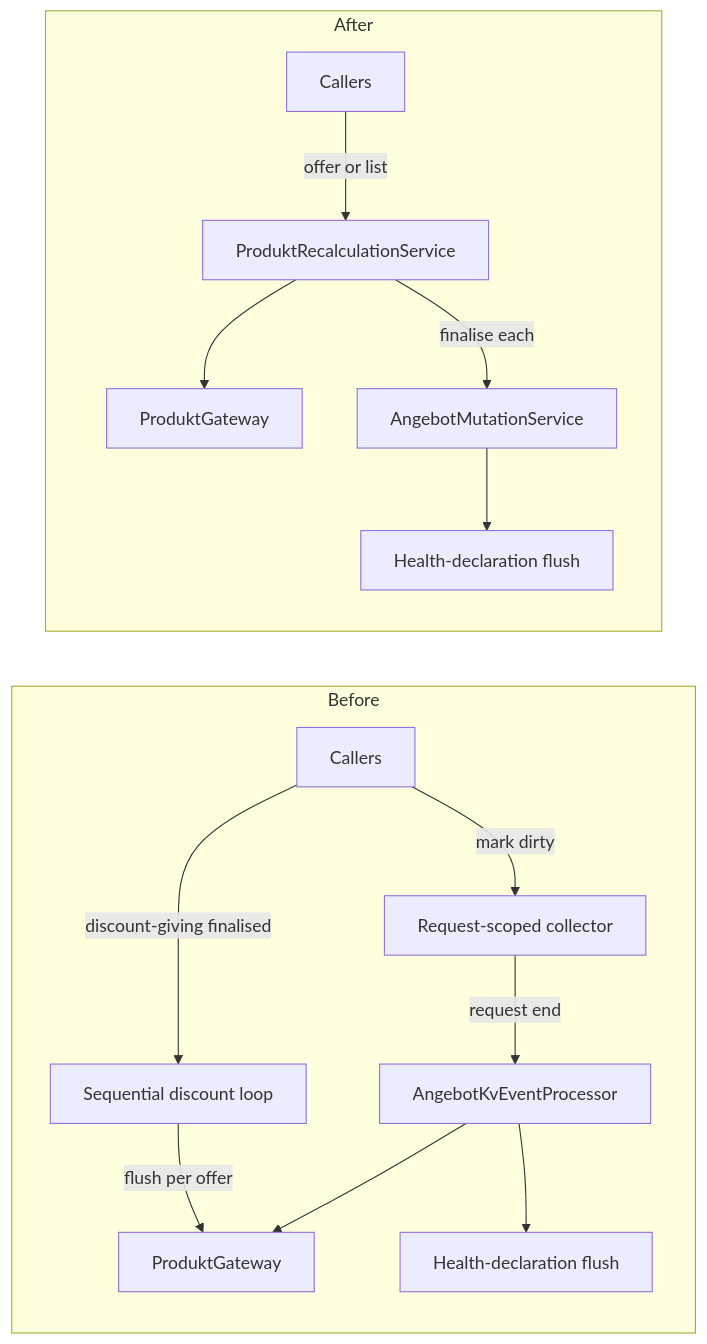
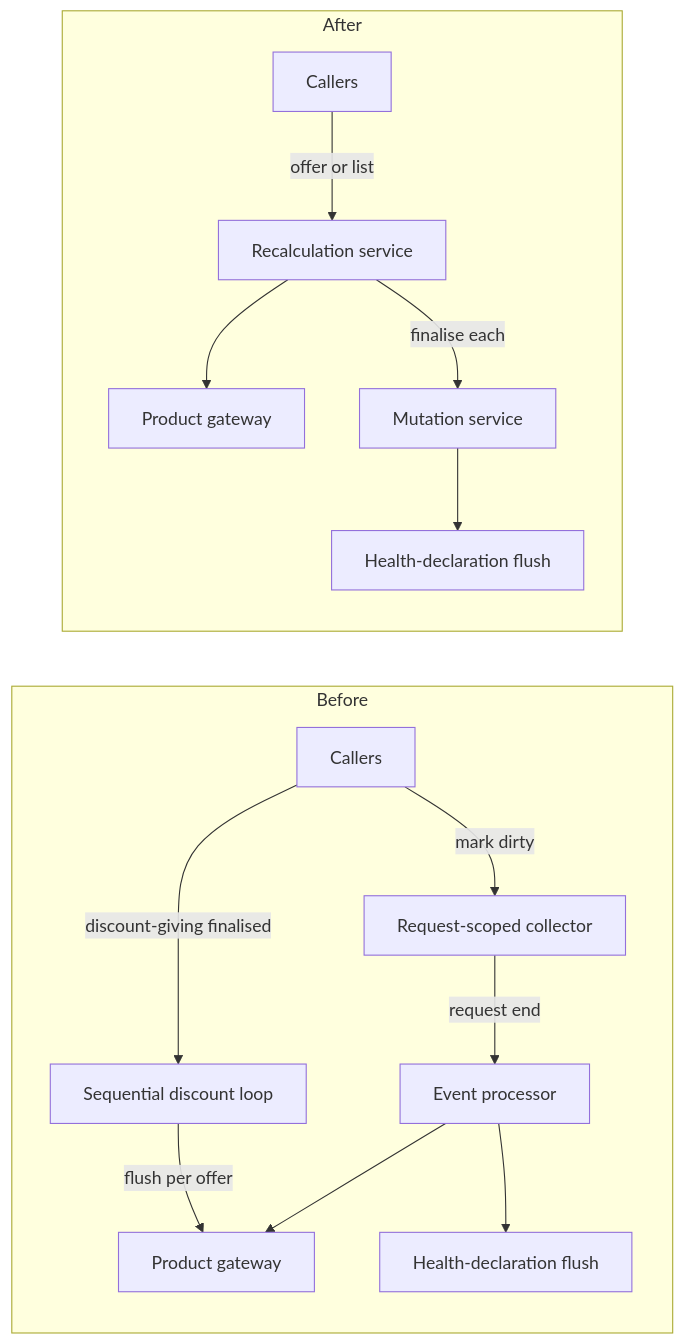
The diagram in skills/brainstorming/references/example-design-replacement.md (pjurczen/playbooks), drawn with Mermaid before and after one commit. The commit also changed other lines of this file and 17 other files, not shown here.

````diff
--- a/skills/brainstorming/references/example-design-replacement.md
+++ b/skills/brainstorming/references/example-design-replacement.md
@@ -50,19 +49,19 @@
 ```mermaid
 flowchart LR
   subgraph Before
     direction TB
     C1[Callers] -->|mark dirty| COL[Request-scoped collector]
     C1 -->|discount-giving finalised| LOOP[Sequential discount loop]
-    LOOP -->|flush per offer| GW1[ProduktGateway]
-    COL -->|request end| EVP[AngebotKvEventProcessor]
+    LOOP -->|flush per offer| GW1[Product gateway]
+    COL -->|request end| EVP[Event processor]
     EVP --> GW1
     EVP --> GD1[Health-declaration flush]
   end
   subgraph After
     direction TB
-    C2[Callers] -->|offer or list| SVC[ProduktRecalculationService]
-    SVC --> GW2[ProduktGateway]
-    SVC -->|finalise each| FIN[AngebotMutationService]
+    C2[Callers] -->|offer or list| SVC[Recalculation service]
+    SVC --> GW2[Product gateway]
+    SVC -->|finalise each| FIN[Mutation service]
     FIN --> GD2[Health-declaration flush]
   end
 ```
````
